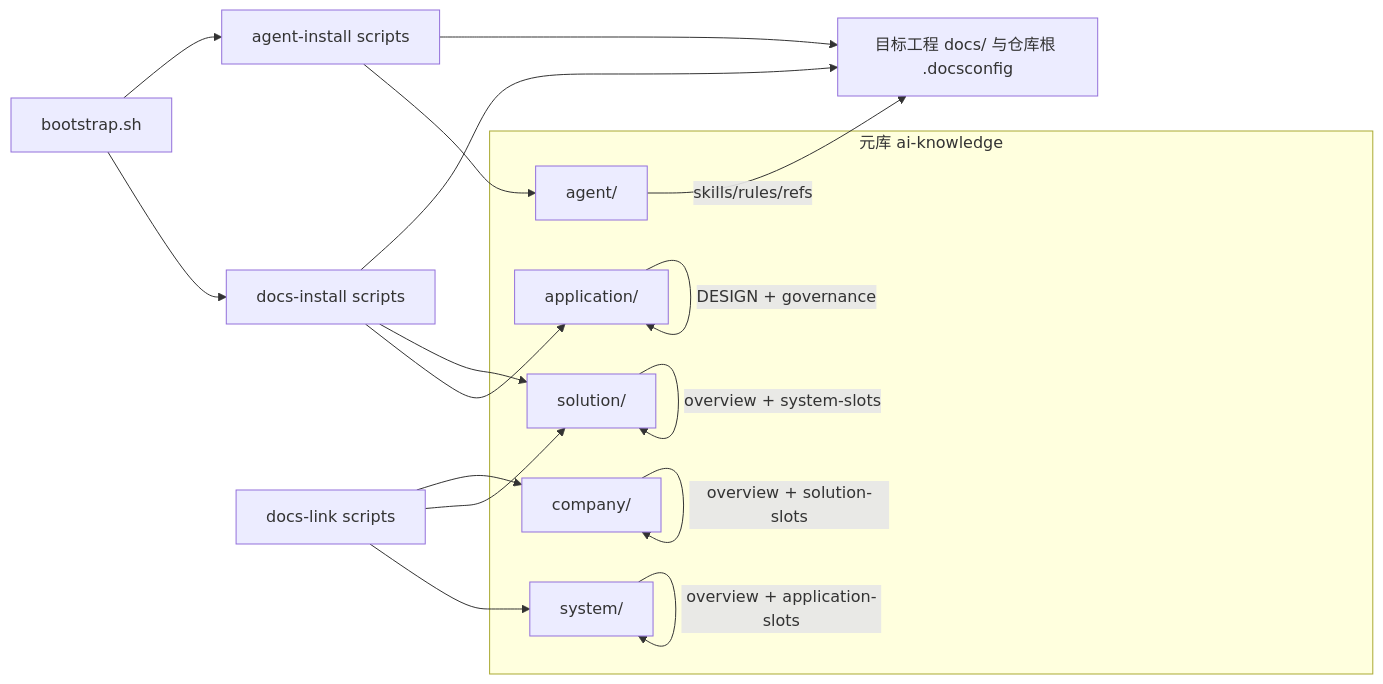
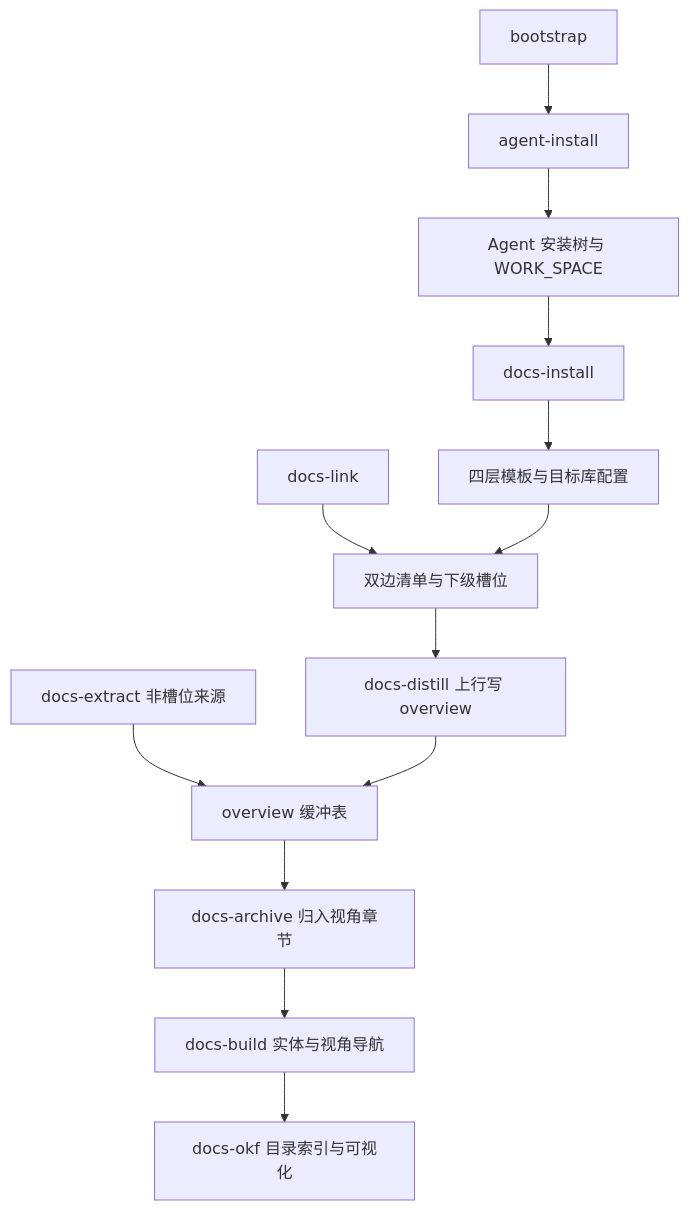
The first of 2 diagrams in INDEX-GUIDE.md (oleewen/ai-knowledge), drawn with Mermaid before and after one commit. The commit also changed other lines of this file and 2 other files, not shown here.

````diff
--- a/INDEX-GUIDE.md
+++ b/INDEX-GUIDE.md
@@ -93,30 +80,15 @@
 ```mermaid
-flowchart LR
-  subgraph central["元库 ai-knowledge"]
-    app["application/"]
-    ag["agent/"]
-    sys["system/"]
-    sln["solution/"]
-    co["company/"]
-  end
-  tgt["目标工程 docs/ 与仓库根 .docsconfig"]
-  boot["bootstrap.sh"]
-  di["docs-install scripts"]
-  ai["agent-install scripts"]
-  dl["docs-link scripts"]
-  boot --> di
-  boot --> ai
-  di --> app
-  di --> sln
-  di --> tgt
-  ai --> ag
-  ai --> tgt
-  dl --> sys
-  dl --> sln
-  dl --> co
-  app -->|"DESIGN + governance"| app
-  sys -->|"overview + application-slots"| sys
-  sln -->|"overview + system-slots"| sln
-  co -->|"overview + solution-slots"| co
-  ag -->|"skills/rules/refs"| tgt
+flowchart TD
+  boot["bootstrap"] --> ai["agent-install"]
+  ai --> tree["Agent 安装树与 WORK_SPACE"]
+  tree --> di["docs-install"]
+  di --> templates["四层模板与目标库配置"]
+  link["docs-link"] --> manifests["双边清单与下级槽位"]
+  templates --> manifests
+  manifests --> distill["docs-distill 上行写 overview"]
+  extract["docs-extract 非槽位来源"] --> overview["overview 缓冲表"]
+  distill --> overview
+  overview --> archive["docs-archive 归入视角章节"]
+  archive --> build["docs-build 实体与视角导航"]
+  build --> okf["docs-okf 目录索引与可视化"]
 ```
````
